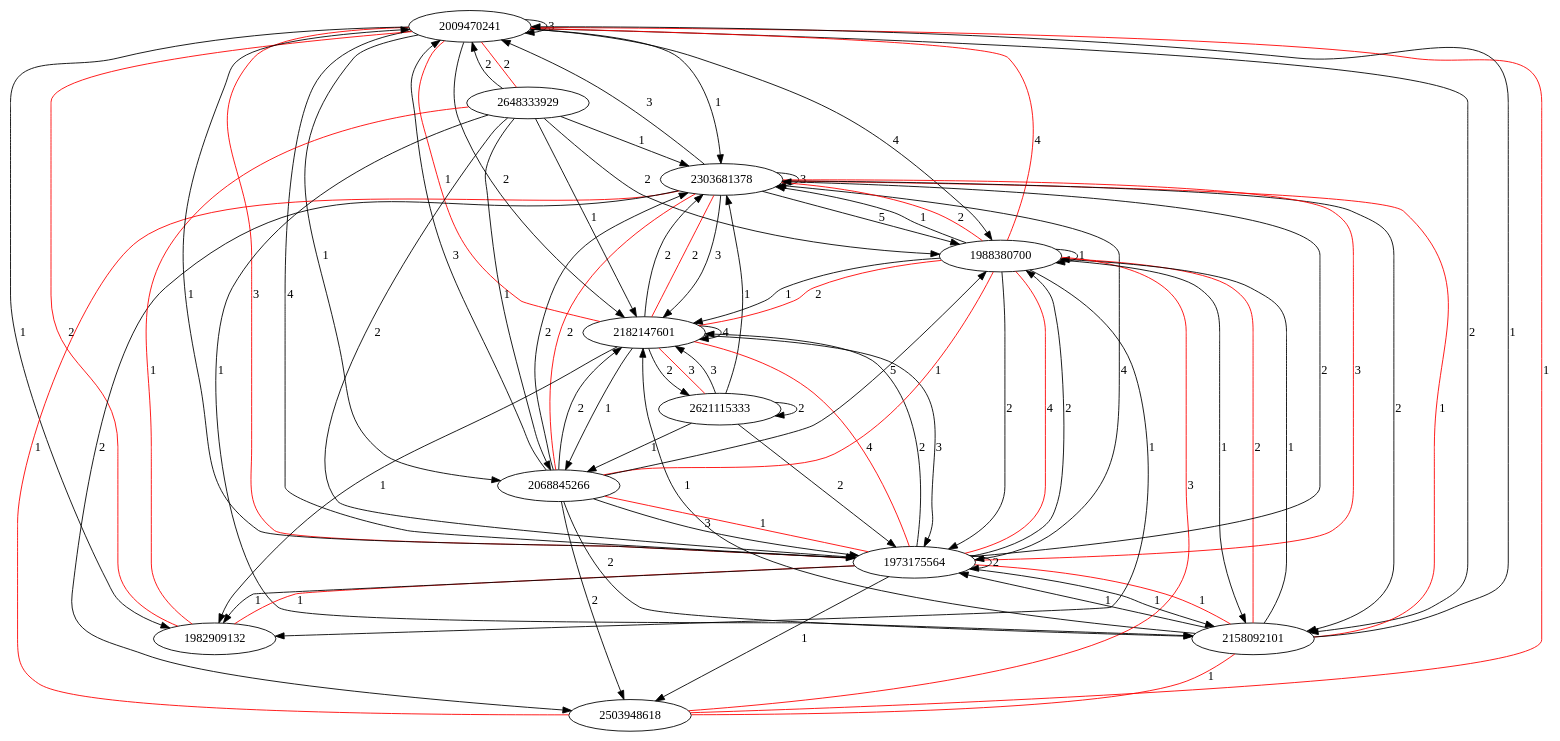
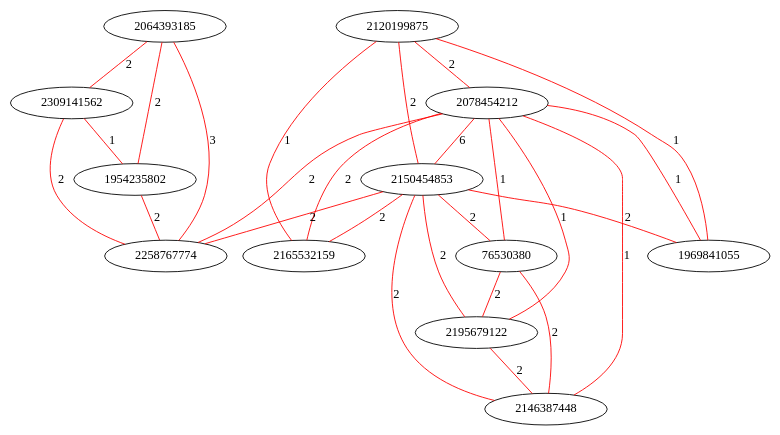
One commit to mridulgain/citation-club changed the diagram in results/induced_subg.gv. Above: the diagram before and after it, drawn with Graphviz. The commit also changed 3 other files, not shown here.

```diff
--- a/results/induced_subg.gv
+++ b/results/induced_subg.gv
@@ -1,101 +1,46 @@
 // induced sub graph
 digraph {
-	2009470241
-	2303681378
-	2158092101
-	2621115333
-	2648333929
-	2503948618
-	1973175564
-	1982909132
-	2182147601
-	2068845266
-	1988380700
+	2064393185
+	2120199875
+	2078454212
+	2150454853
+	2309141562
+	76530380
+	1969841055
+	2195679122
+	2146387448
+	1954235802
+	2258767774
+	2165532159
 	subgraph coauth {
 		edge [color=red dir=none]
-		2009470241 -> 2648333929 [label=2]
-		2009470241 -> 2503948618 [label=1]
-		2009470241 -> 1973175564 [label=3]
-		2009470241 -> 1982909132 [label=2]
-		2009470241 -> 2182147601 [label=1]
-		2009470241 -> 1988380700 [label=4]
-		2303681378 -> 2158092101 [label=1]
-		2303681378 -> 2503948618 [label=1]
-		2303681378 -> 1973175564 [label=3]
-		2303681378 -> 2182147601 [label=2]
-		2303681378 -> 2068845266 [label=2]
-		2303681378 -> 1988380700 [label=2]
-		2158092101 -> 2503948618 [label=1]
-		2158092101 -> 1973175564 [label=1]
-		2158092101 -> 1988380700 [label=2]
-		2621115333 -> 2182147601 [label=3]
-		2648333929 -> 1982909132 [label=1]
-		2503948618 -> 1988380700 [label=3]
-		1973175564 -> 1982909132 [label=1]
-		1973175564 -> 2182147601 [label=4]
-		1973175564 -> 2068845266 [label=1]
-		1973175564 -> 1988380700 [label=4]
-		2182147601 -> 1988380700 [label=2]
-		2068845266 -> 1988380700 [label=1]
+		2064393185 -> 2309141562 [label=2]
+		2064393185 -> 1954235802 [label=2]
+		2064393185 -> 2258767774 [label=3]
+		2120199875 -> 2078454212 [label=2]
+		2120199875 -> 2150454853 [label=2]
+		2120199875 -> 1969841055 [label=1]
+		2120199875 -> 2165532159 [label=1]
+		2078454212 -> 2150454853 [label=6]
+		2078454212 -> 76530380 [label=1]
+		2078454212 -> 1969841055 [label=1]
+		2078454212 -> 2195679122 [label=1]
+		2078454212 -> 2146387448 [label=1]
+		2078454212 -> 2258767774 [label=2]
+		2078454212 -> 2165532159 [label=2]
+		2150454853 -> 76530380 [label=2]
+		2150454853 -> 1969841055 [label=2]
+		2150454853 -> 2195679122 [label=2]
+		2150454853 -> 2146387448 [label=2]
+		2150454853 -> 2258767774 [label=2]
+		2150454853 -> 2165532159 [label=2]
+		2309141562 -> 1954235802 [label=1]
+		2309141562 -> 2258767774 [label=2]
+		76530380 -> 2195679122 [label=2]
+		76530380 -> 2146387448 [label=2]
+		2195679122 -> 2146387448 [label=2]
+		1954235802 -> 2258767774 [label=2]
 	}
 	subgraph cit {
-		2009470241 -> 2009470241 [label=3]
-		2009470241 -> 2303681378 [label=1]
-		2009470241 -> 2158092101 [label=2]
-		2009470241 -> 1973175564 [label=4]
-		2009470241 -> 1982909132 [label=1]
-		2009470241 -> 2182147601 [label=2]
-		2009470241 -> 2068845266 [label=1]
-		2009470241 -> 1988380700 [label=4]
-		2303681378 -> 2009470241 [label=3]
-		2303681378 -> 2303681378 [label=3]
-		2303681378 -> 2158092101 [label=2]
-		2303681378 -> 2503948618 [label=2]
-		2303681378 -> 1973175564 [label=4]
-		2303681378 -> 2182147601 [label=3]
-		2303681378 -> 1988380700 [label=5]
-		2158092101 -> 2009470241 [label=1]
-		2158092101 -> 1973175564 [label=1]
-		2158092101 -> 2182147601 [label=1]
-		2158092101 -> 1988380700 [label=1]
-		2621115333 -> 2303681378 [label=1]
-		2621115333 -> 2621115333 [label=2]
-		2621115333 -> 1973175564 [label=2]
-		2621115333 -> 2182147601 [label=3]
-		2621115333 -> 2068845266 [label=1]
-		2648333929 -> 2009470241 [label=2]
-		2648333929 -> 2303681378 [label=1]
-		2648333929 -> 2158092101 [label=1]
-		2648333929 -> 1973175564 [label=2]
-		2648333929 -> 2182147601 [label=1]
-		2648333929 -> 2068845266 [label=1]
-		2648333929 -> 1988380700 [label=2]
-		1973175564 -> 2009470241 [label=1]
-		1973175564 -> 2303681378 [label=2]
-		1973175564 -> 2158092101 [label=1]
-		1973175564 -> 2503948618 [label=1]
-		1973175564 -> 1973175564 [label=2]
-		1973175564 -> 1982909132 [label=1]
-		1973175564 -> 2182147601 [label=2]
-		1973175564 -> 1988380700 [label=2]
-		2182147601 -> 2303681378 [label=2]
-		2182147601 -> 2621115333 [label=2]
-		2182147601 -> 1973175564 [label=3]
-		2182147601 -> 1982909132 [label=1]
-		2182147601 -> 2182147601 [label=4]
-		2182147601 -> 2068845266 [label=1]
-		2068845266 -> 2009470241 [label=3]
-		2068845266 -> 2303681378 [label=2]
-		2068845266 -> 2158092101 [label=2]
-		2068845266 -> 2503948618 [label=2]
-		2068845266 -> 1973175564 [label=3]
-		2068845266 -> 2182147601 [label=2]
-		2068845266 -> 1988380700 [label=5]
-		1988380700 -> 2303681378 [label=1]
-		1988380700 -> 2158092101 [label=1]
-		1988380700 -> 1973175564 [label=2]
-		1988380700 -> 1982909132 [label=1]
-		1988380700 -> 2182147601 [label=1]
-		1988380700 -> 1988380700 [label=1]
 	}
 }
```
